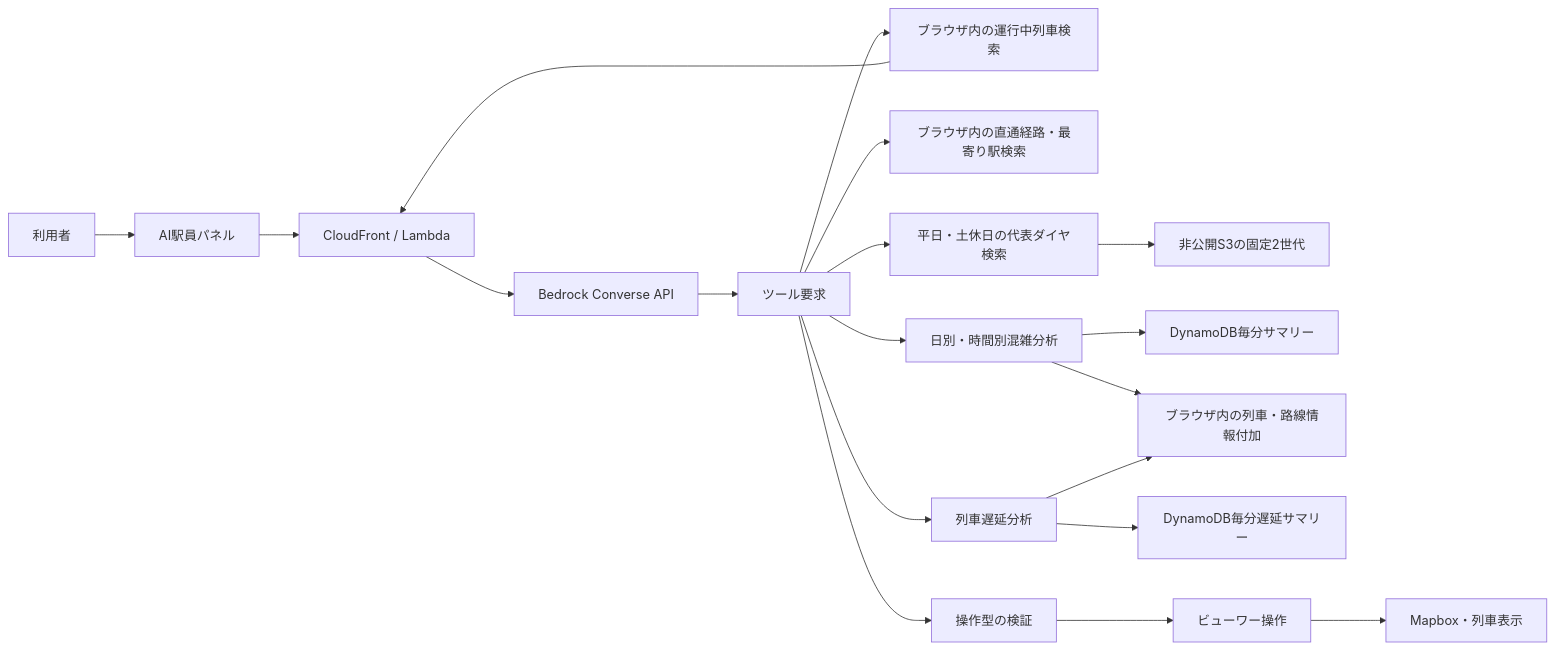
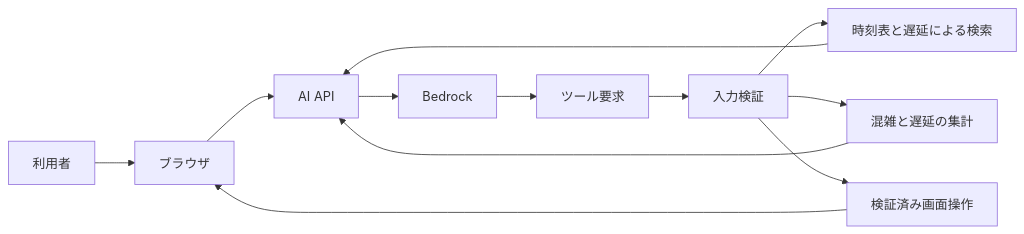
Before and after one commit to ymho/transitforge: the diagram in docs/architecture/ai-operations-guide.md, drawn with Mermaid. The commit also changed other lines of this file and 18 other files, not shown here.

````diff
--- a/docs/architecture/ai-operations-guide.md
+++ b/docs/architecture/ai-operations-guide.md
@@ -20,21 +8,14 @@
 ```mermaid
 flowchart LR
-  U[利用者] --> P[AI駅員パネル]
-  P --> A[CloudFront / Lambda]
-  A --> B[Bedrock Converse API]
+  U[利用者] --> C[ブラウザ]
+  C --> A[AI API]
+  A --> B[Bedrock]
   B --> T[ツール要求]
-  T --> S[ブラウザ内の運行中列車検索]
-  T --> J[ブラウザ内の直通経路・最寄り駅検索]
-  T --> R[平日・土休日の代表ダイヤ検索]
-  R --> RS[非公開S3の固定2世代]
-  T --> H[日別・時間別混雑分析]
-  H --> D[DynamoDB毎分サマリー]
-  H --> E[ブラウザ内の列車・路線情報付加]
-  T --> L[列車遅延分析]
-  L --> DD[DynamoDB毎分遅延サマリー]
-  L --> E
-  T --> V[操作型の検証]
-  V --> C[ビューワー操作]
-  C --> M[Mapbox・列車表示]
-  S --> A
+  T --> V[入力検証]
+  V --> J[時刻表と遅延による検索]
+  V --> H[混雑と遅延の集計]
+  V --> O[検証済み画面操作]
+  J --> A
+  H --> A
+  O --> C
 ```
````
